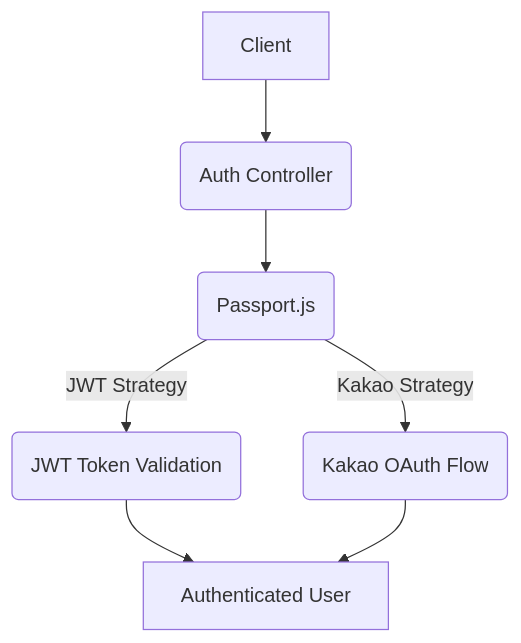
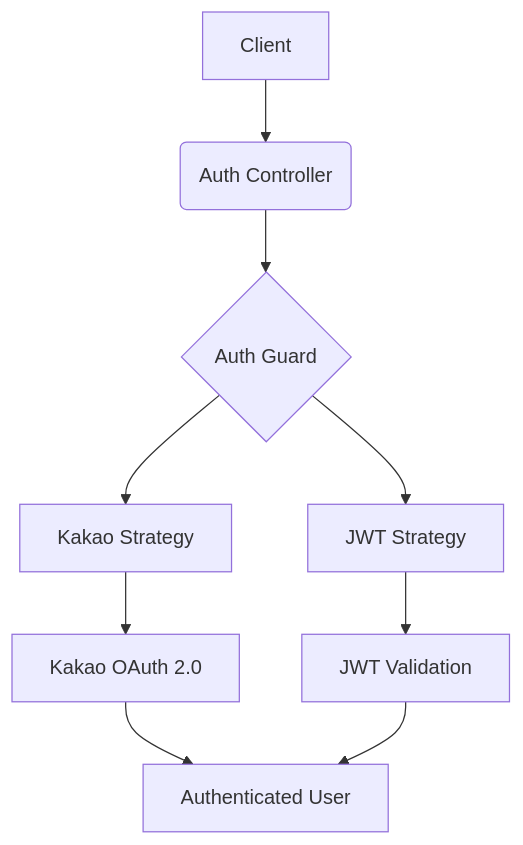
One commit to SSU-webprogramming/estate-server changed the third of 6 diagrams in docs/project-architecture.md. Above: the diagram before and after it, drawn with Mermaid. The commit also changed other lines of this file and 9 other files, not shown here.

````diff
--- a/docs/project-architecture.md
+++ b/docs/project-architecture.md
@@ -41,9 +225,11 @@
 ```mermaid
 graph TD
     A[Client] --> B(Auth Controller)
-    B --> C(Passport.js)
-    C -- JWT Strategy --> D(JWT Token Validation)
-    C -- Kakao Strategy --> E(Kakao OAuth Flow)
-    D --> F[Authenticated User]
-    E --> F
+    B --> C{Auth Guard}
+    C --> D[Kakao Strategy]
+    C --> E[JWT Strategy]
+    D --> F[Kakao OAuth 2.0]
+    E --> G[JWT Validation]
+    F --> H[Authenticated User]
+    G --> H
 ```
````
